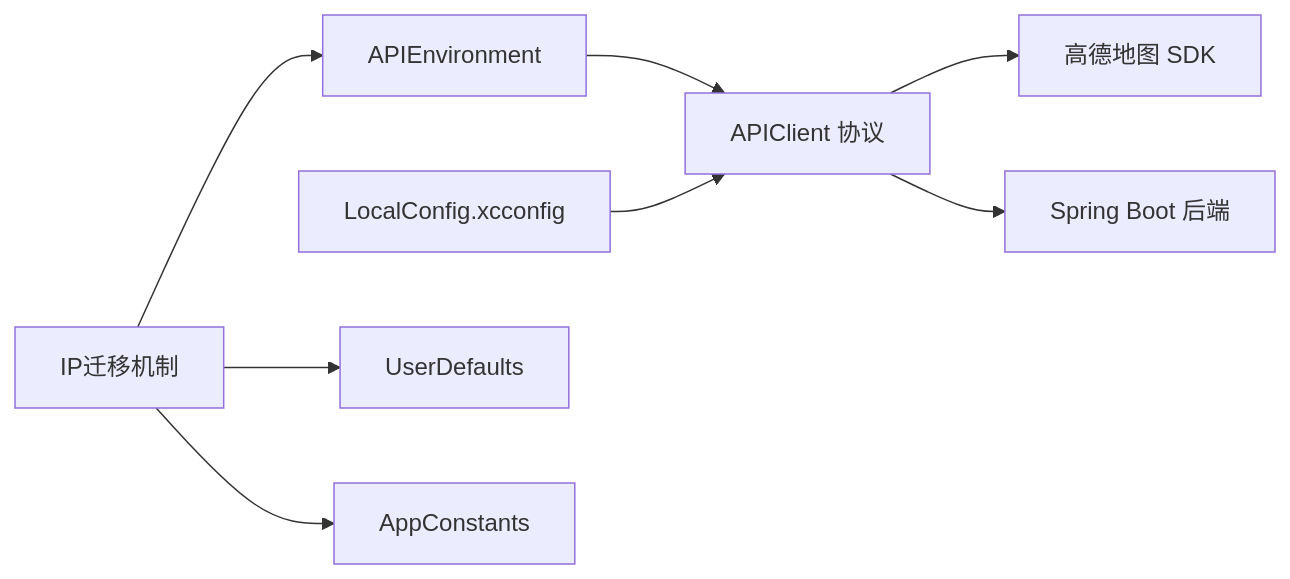
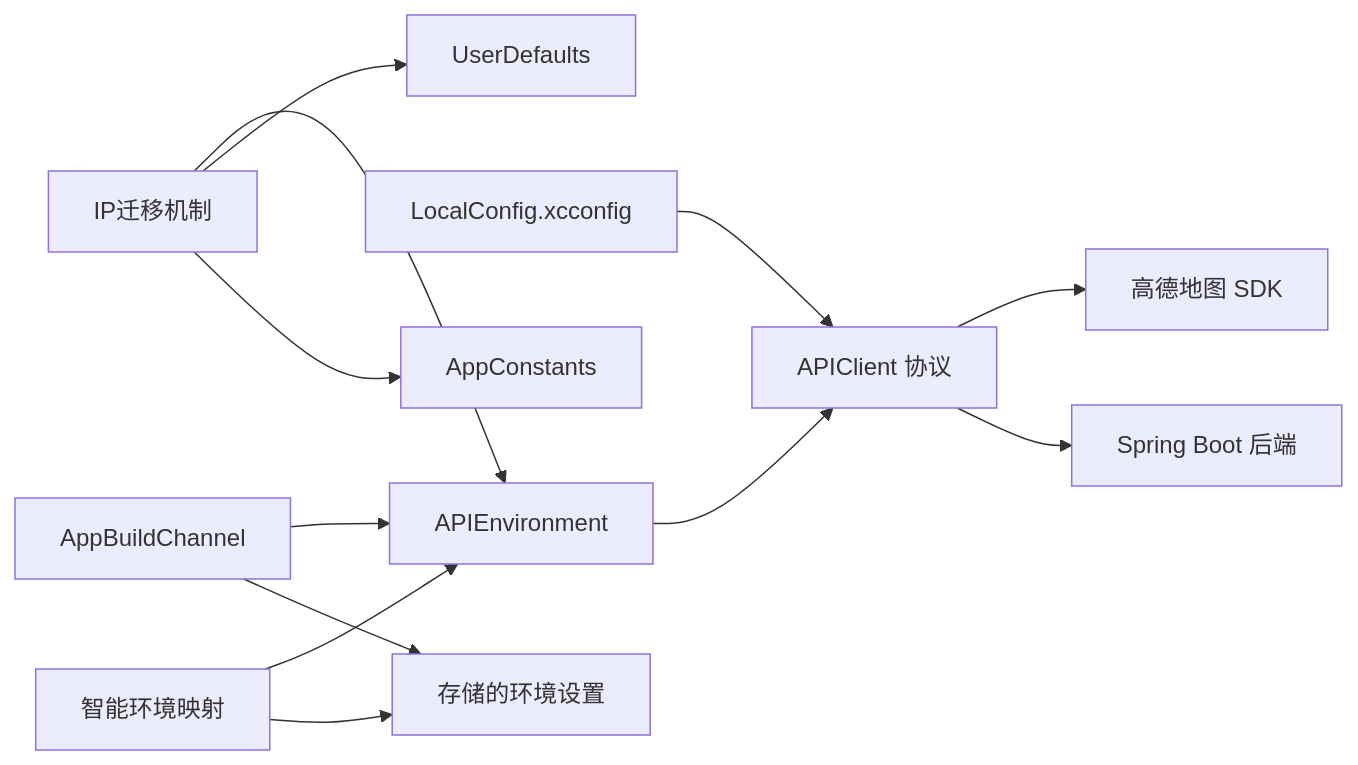
Before and after one commit to Jayden23018/blind-run-ios: the eighth of 8 diagrams in .qoder/repowiki/zh/content/配置与部署/环境配置.md, drawn with Mermaid. The commit also changed other lines of this file and 20 other files, not shown here.

Commit message:
Implement demo and production iOS build channel strategy

````diff
--- a/.qoder/repowiki/zh/content/配置与部署/环境配置.md
+++ b/.qoder/repowiki/zh/content/配置与部署/环境配置.md
@@ -325,10 +459,14 @@
 ```mermaid
 graph LR
-ENV["APIEnvironment"] --> CLI["APIClient 协议"]
+CHANNEL["AppBuildChannel"] --> ENV["APIEnvironment"]
+ENV --> CLI["APIClient 协议"]
 KEY["LocalConfig.xcconfig"] --> CLI
 IPMIG["IP迁移机制"] --> ENV
+SMARTMAP["智能环境映射"] --> ENV
 CLI --> MAP["高德地图 SDK"]
 CLI --> BE["Spring Boot 后端"]
 IPMIG --> UD["UserDefaults"]
 IPMIG --> CONST["AppConstants"]
+SMARTMAP --> STORED["存储的环境设置"]
+CHANNEL --> STORED
 ```
````
